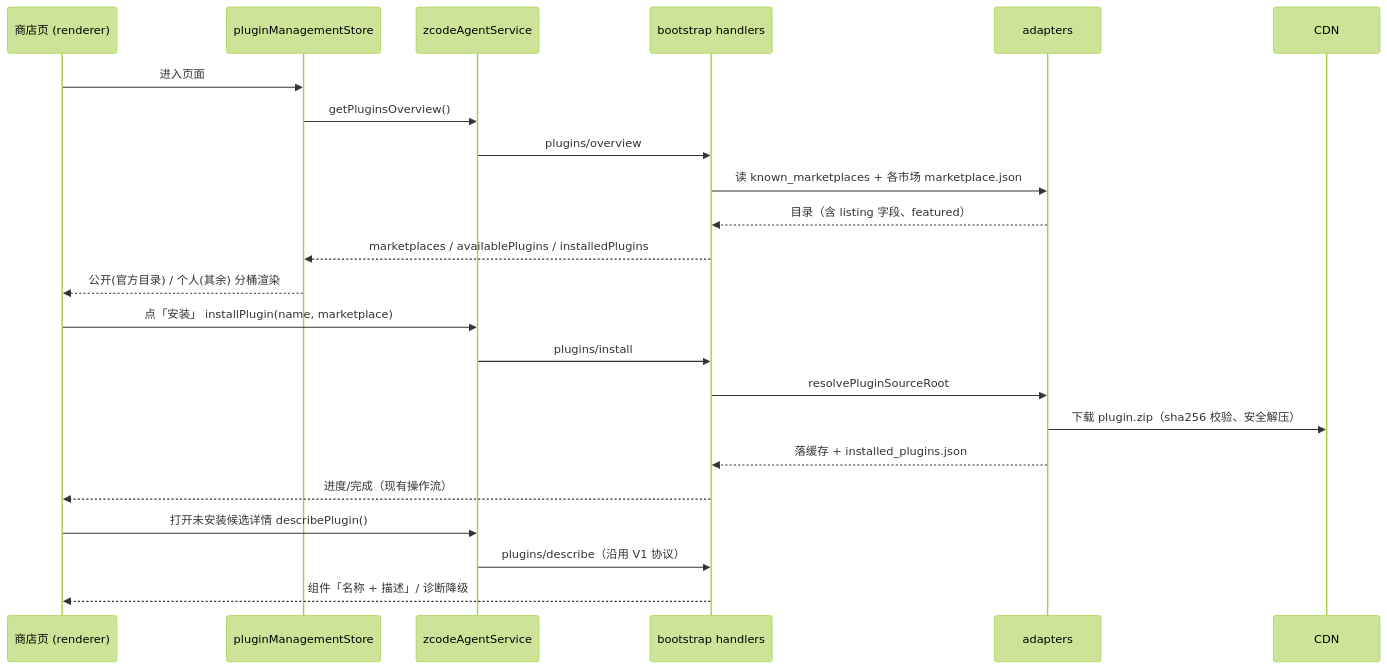
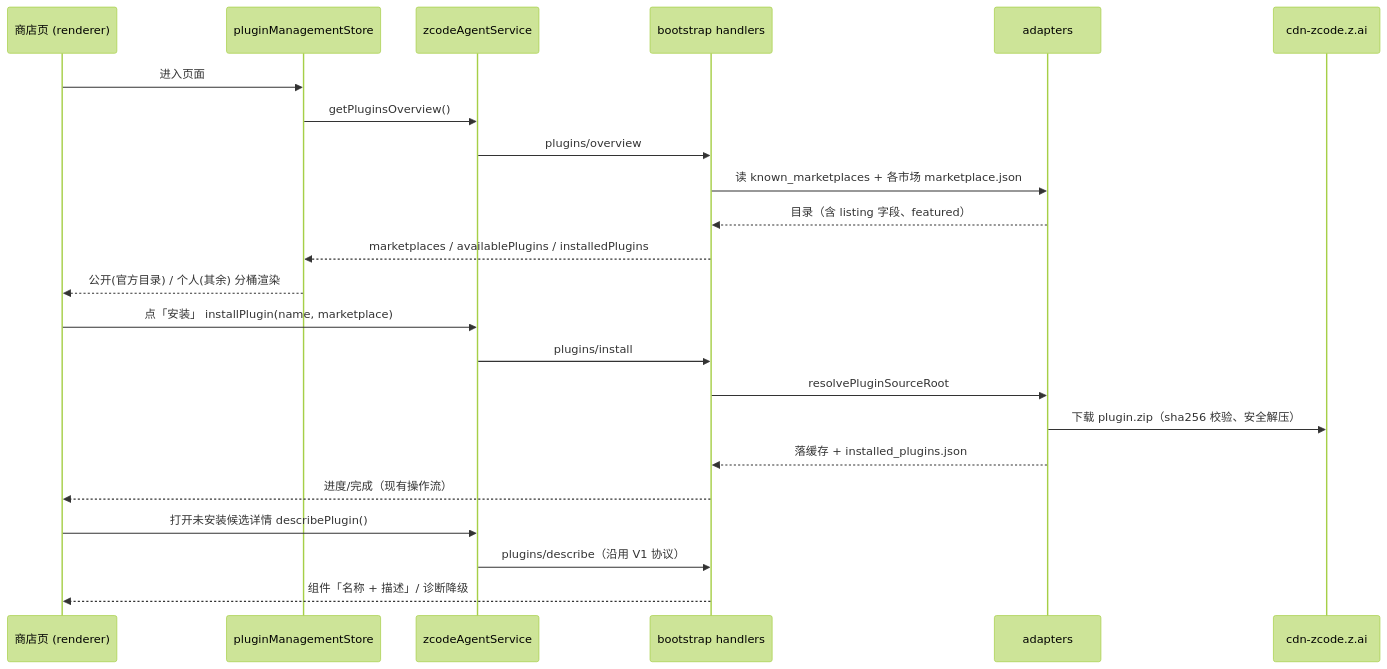
One commit to BlueSkyXN/OpenZWork changed the second of 2 diagrams in docs/plugin-marketplace-ui-ux.md. Above: the diagram before and after it, drawn with Mermaid (forest theme). The commit also changed other lines of this file and 978 other files, not shown here.

````diff
--- a/docs/plugin-marketplace-ui-ux.md
+++ b/docs/plugin-marketplace-ui-ux.md
@@ -359,27 +366,28 @@
 ```mermaid
 sequenceDiagram
     participant UI as 商店页 (renderer)
     participant Store as pluginManagementStore
     participant Svc as zcodeAgentService
     participant Boot as bootstrap handlers
     participant Ad as adapters
+    participant CDN as cdn-zcode.z.ai
 
     UI->>Store: 进入页面
     Store->>Svc: getPluginsOverview()
     Svc->>Boot: plugins/overview
     Boot->>Ad: 读 known_marketplaces + 各市场 marketplace.json
     Ad-->>Boot: 目录（含 listing 字段、featured）
     Boot-->>Store: marketplaces / availablePlugins / installedPlugins
     Store-->>UI: 公开(官方目录) / 个人(其余) 分桶渲染
 
     UI->>Svc: 点「安装」 installPlugin(name, marketplace)
     Svc->>Boot: plugins/install
     Boot->>Ad: resolvePluginSourceRoot
     Ad->>CDN: 下载 plugin.zip（sha256 校验、安全解压）
     Ad-->>Boot: 落缓存 + installed_plugins.json
     Boot-->>UI: 进度/完成（现有操作流）
 
     UI->>Svc: 打开未安装候选详情 describePlugin()
     Svc->>Boot: plugins/describe（沿用 V1 协议）
     Boot-->>UI: 组件「名称 + 描述」/ 诊断降级
 ```
````
